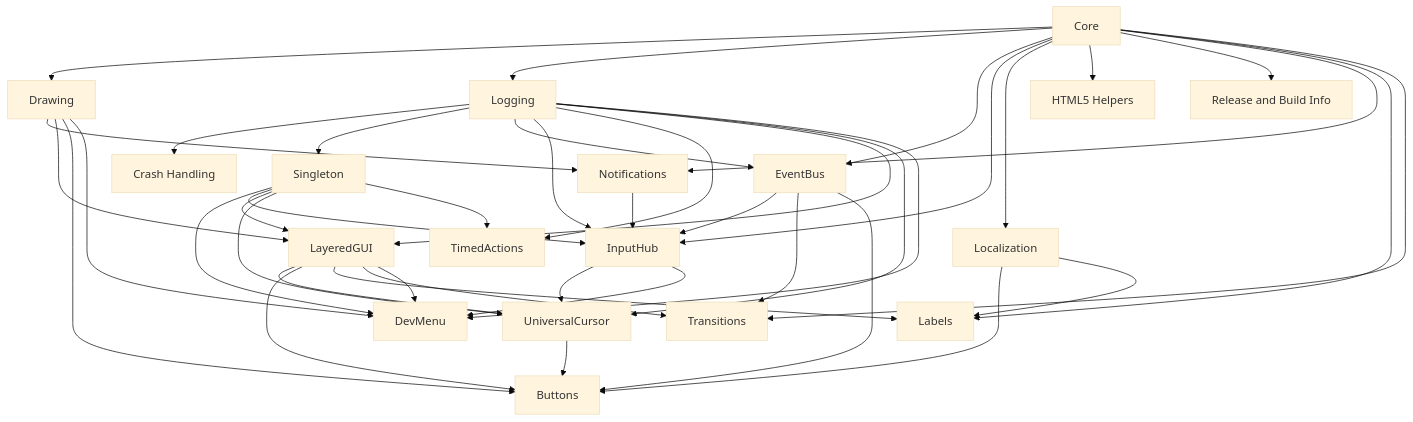
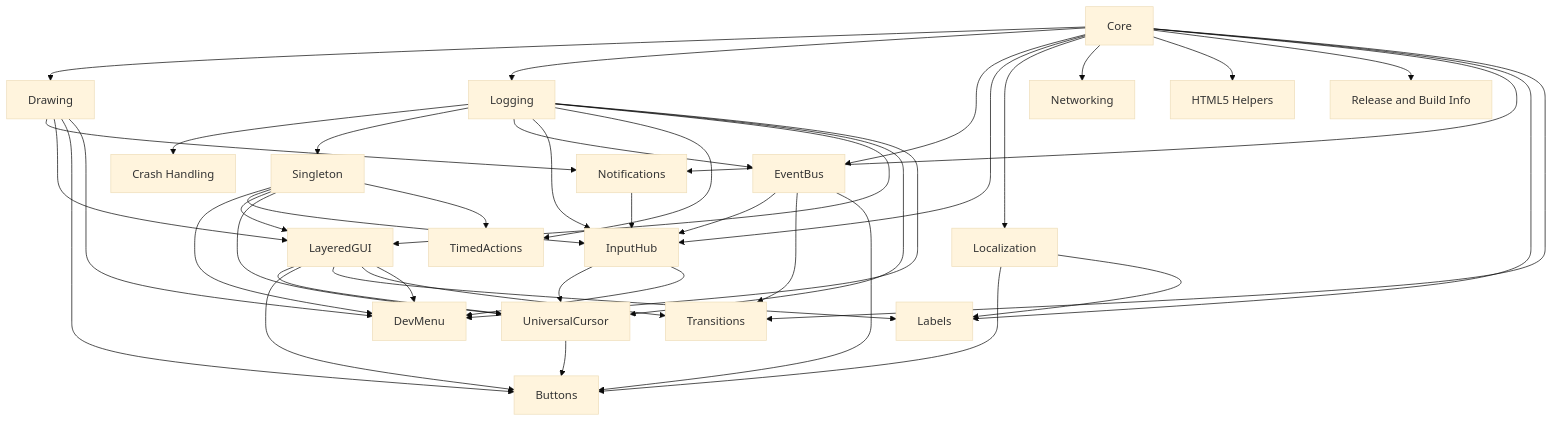
Before and after one commit to edcasillas/gamemaker-common-utils: the diagram in README.md, drawn with Mermaid (base theme). The commit also changed other lines of this file and 5 other files, not shown here.

````diff
--- a/README.md
+++ b/README.md
@@ -53,48 +54,49 @@
 ```mermaid
 flowchart TD
     Core --> Drawing
     Core --> Logging
     Logging --> CrashHandling
     Core --> EventBus
     Core --> InputHub
     Core --> Localization
+    Core --> Networking
     Core --> HTML5
     Core --> ReleaseBuild
     Core --> Notifications
     Core --> Labels
     Core --> Transitions
     Drawing --> Notifications
     Drawing --> LayeredGUI
     Logging --> Singleton
     Logging --> EventBus
     Logging --> InputHub
     Logging --> TimedActions
     Logging --> LayeredGUI
     Logging --> UniversalCursor
     Logging --> DevMenu
     EventBus --> InputHub
     EventBus --> Transitions
     EventBus --> Buttons
     Notifications --> InputHub
     LayeredGUI --> UniversalCursor
     LayeredGUI --> Buttons
     LayeredGUI --> Labels
     LayeredGUI --> Transitions
     LayeredGUI --> DevMenu
     InputHub --> UniversalCursor
     InputHub --> DevMenu
     UniversalCursor --> Buttons
     Localization --> Buttons
     Localization --> Labels
     Drawing --> Buttons
     Drawing --> DevMenu
     Singleton --> DevMenu
     Singleton --> InputHub
     Singleton --> LayeredGUI
     Singleton --> UniversalCursor
     Singleton --> TimedActions
 
     HTML5[HTML5 Helpers]
     CrashHandling[Crash Handling]
     ReleaseBuild[Release and Build Info]
 ```
````
